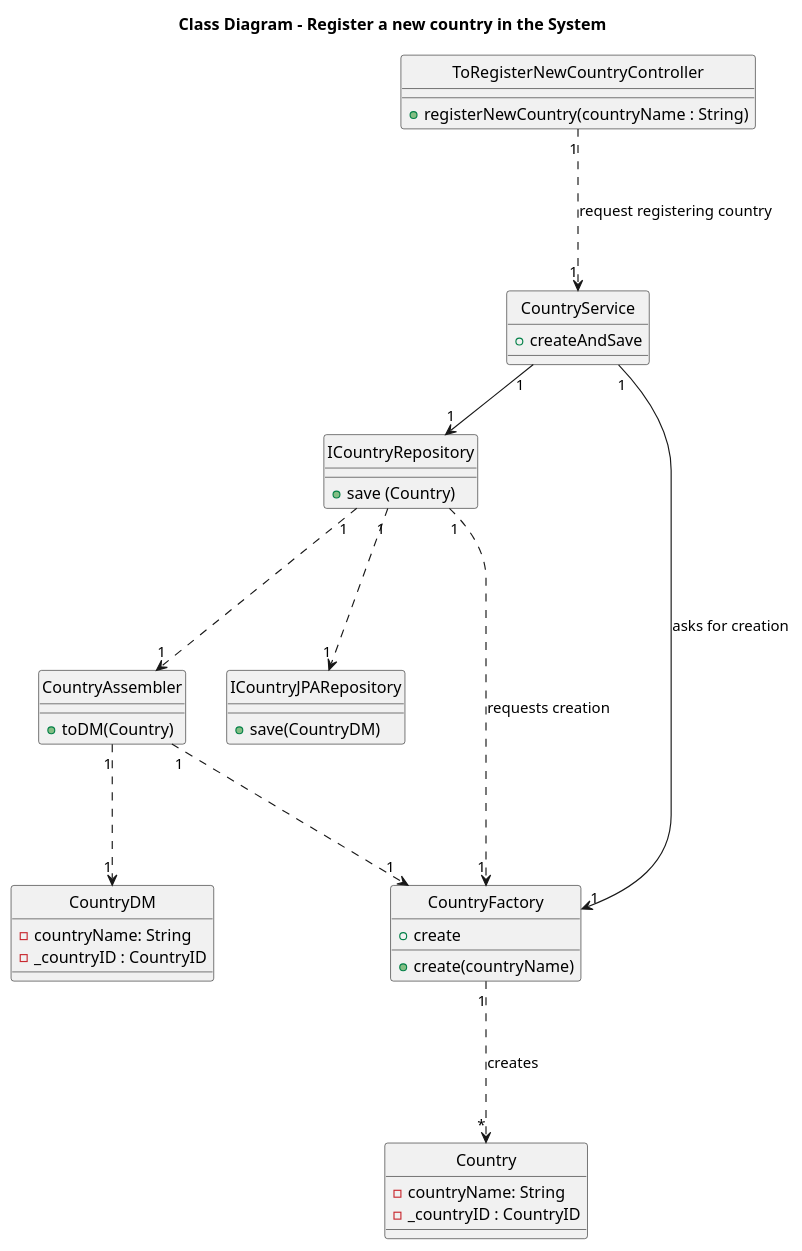
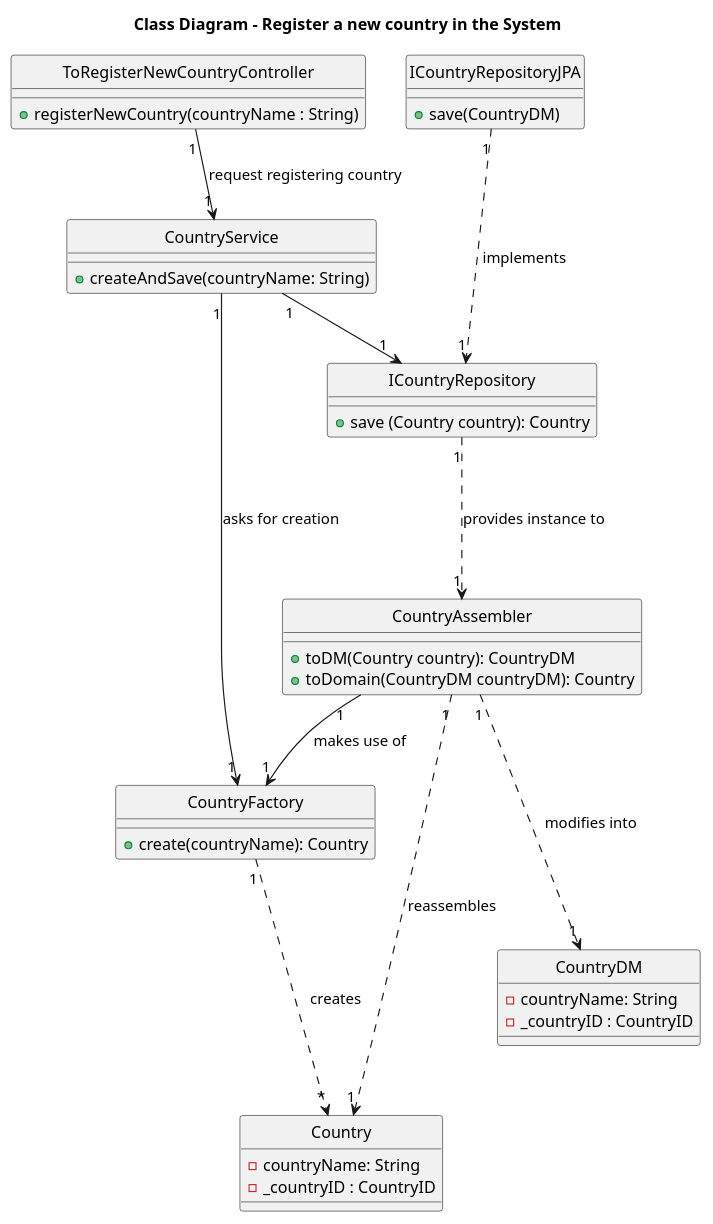
The diagram in Diagrams/ClassDiagrams/To-register-a-new-country-in-the-system.puml (AndrePereiraGitH/SWitCH-Project-Team_A), drawn with PlantUML before and after one commit. The commit also changed 14 other files, not shown here.

```diff
--- a/Diagrams/ClassDiagrams/To-register-a-new-country-in-the-system.puml
+++ b/Diagrams/ClassDiagrams/To-register-a-new-country-in-the-system.puml
@@ -1,53 +1,53 @@
 @startuml
 
 title Class Diagram - Register a new country in the System
 hide circle
 
 
 class ICountryRepository {
-    +save (Country)
+    +save (Country country): Country
     }
 
 class CountryFactory {
-    +create
-    +create(countryName)
+    +create(countryName): Country
 }
 
 class ToRegisterNewCountryController{
   + registerNewCountry(countryName : String)
 }
 
 class CountryService {
-+createAndSave
++createAndSave(countryName: String)
 }
 
 class CountryAssembler{
-+toDM(Country)
++toDM(Country country): CountryDM
++toDomain(CountryDM countryDM): Country
 }
 
-class ICountryJPARepository{
+class ICountryRepositoryJPA{
 +save(CountryDM)
 }
 
 class CountryDM{
 -countryName: String
 -_countryID : CountryID
 }
 
 
 class Country {
 -countryName: String
 -_countryID : CountryID
 }
 
 ' Interactions
-ICountryRepository "1" .--> "1" CountryFactory : requests creation
-ToRegisterNewCountryController "1" .--> "1" CountryService : request registering country
+ToRegisterNewCountryController "1" --> "1" CountryService : request registering country
 CountryService "1" --> "1" CountryFactory : asks for creation
 CountryService "1" --> "1" ICountryRepository
-ICountryRepository "1" .--> "1" ICountryJPARepository
-ICountryRepository "1" .--> "1" CountryAssembler
-CountryAssembler "1" .--> "1" CountryDM
-CountryAssembler "1" .--> "1" CountryFactory
+ICountryRepositoryJPA "1" .--> "1" ICountryRepository : implements
+ICountryRepository "1" .--> "1" CountryAssembler : provides instance to
+CountryAssembler "1" .--> "1" CountryDM : modifies into
+CountryAssembler "1" --> "1" CountryFactory : makes use of
+CountryAssembler "1" .--> "1" Country : reassembles
 CountryFactory "1" .--> "*" Country : creates
 @enduml
```
